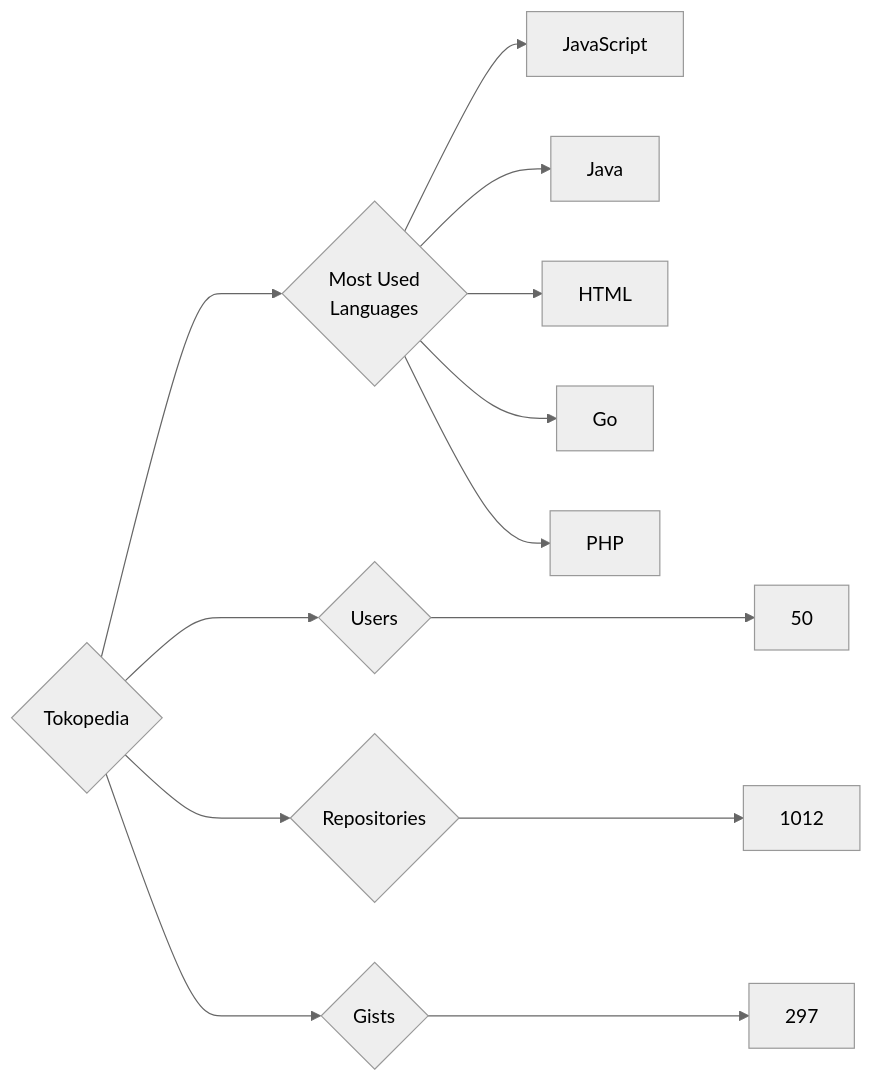
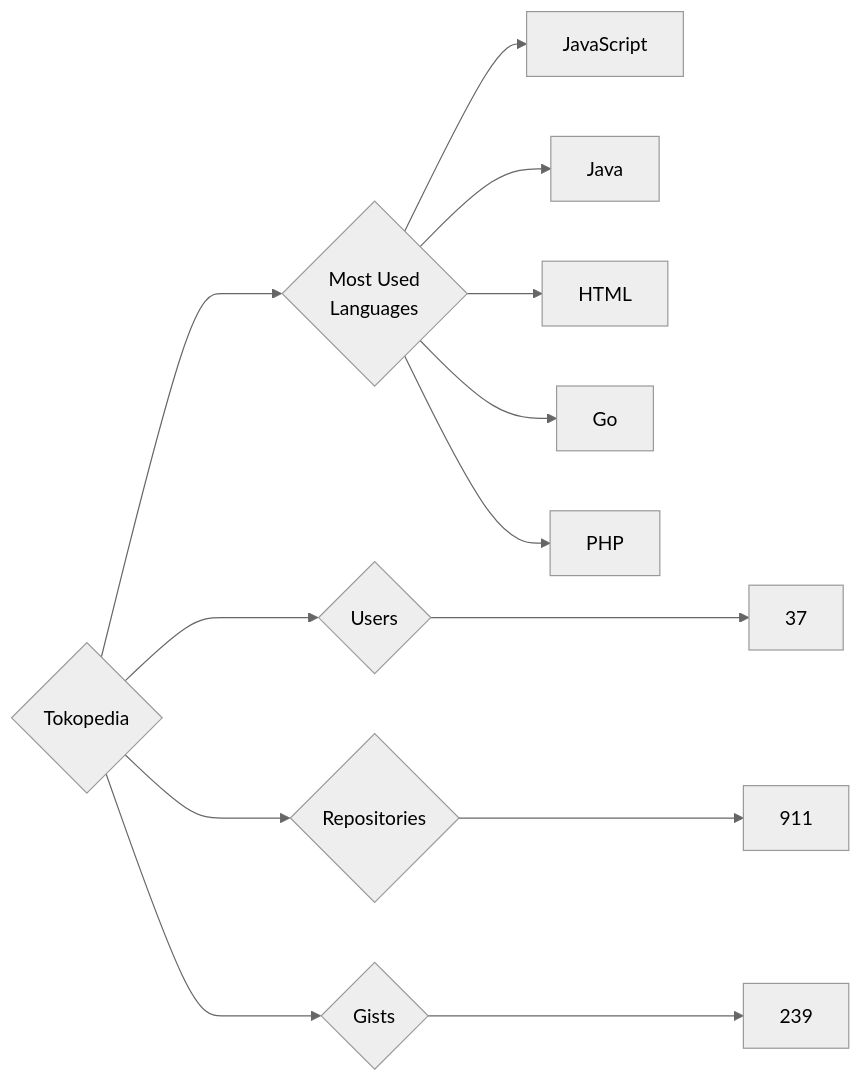
One commit to trickest/insiders changed the diagram in targets/Tokopedia/README.md. Above: the diagram before and after it, drawn with Mermaid (neutral theme). The commit also changed 794 other files, not shown here.

````diff
--- a/targets/Tokopedia/README.md
+++ b/targets/Tokopedia/README.md
@@ -3,13 +3,13 @@
 ```mermaid
 graph LR
 COMPANY_NAME{Tokopedia}
-COMPANY_NAME ---> U{Users} ---> UN[50]
-COMPANY_NAME ---> R{Repositories} ---> RN[1012]
-COMPANY_NAME ---> G{Gists} ---> GN[297]
+COMPANY_NAME ---> U{Users} ---> UN[37]
+COMPANY_NAME ---> R{Repositories} ---> RN[911]
+COMPANY_NAME ---> G{Gists} ---> GN[239]
 COMPANY_NAME ---> ML{Most Used<br>Languages}
 ML --> JavaScript[JavaScript]
 ML --> Java[Java]
 ML --> HTML[HTML]
 ML --> Go[Go]
 ML --> PHP[PHP]
 ```
````
